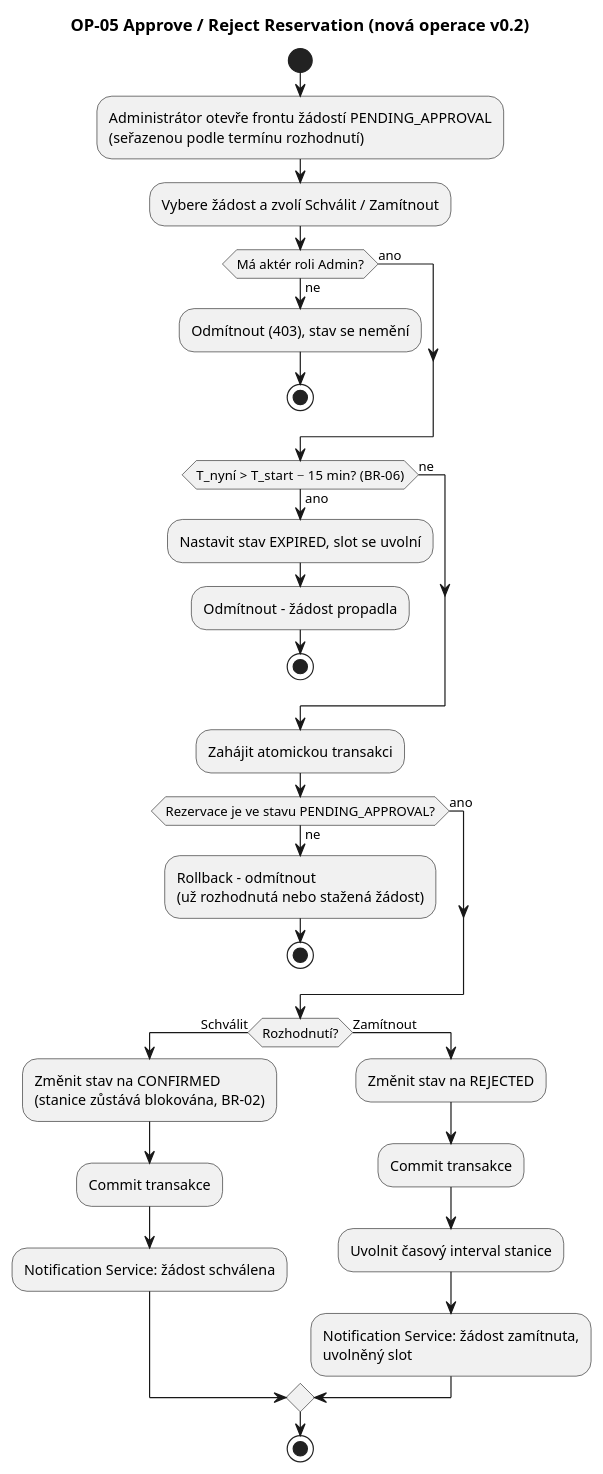
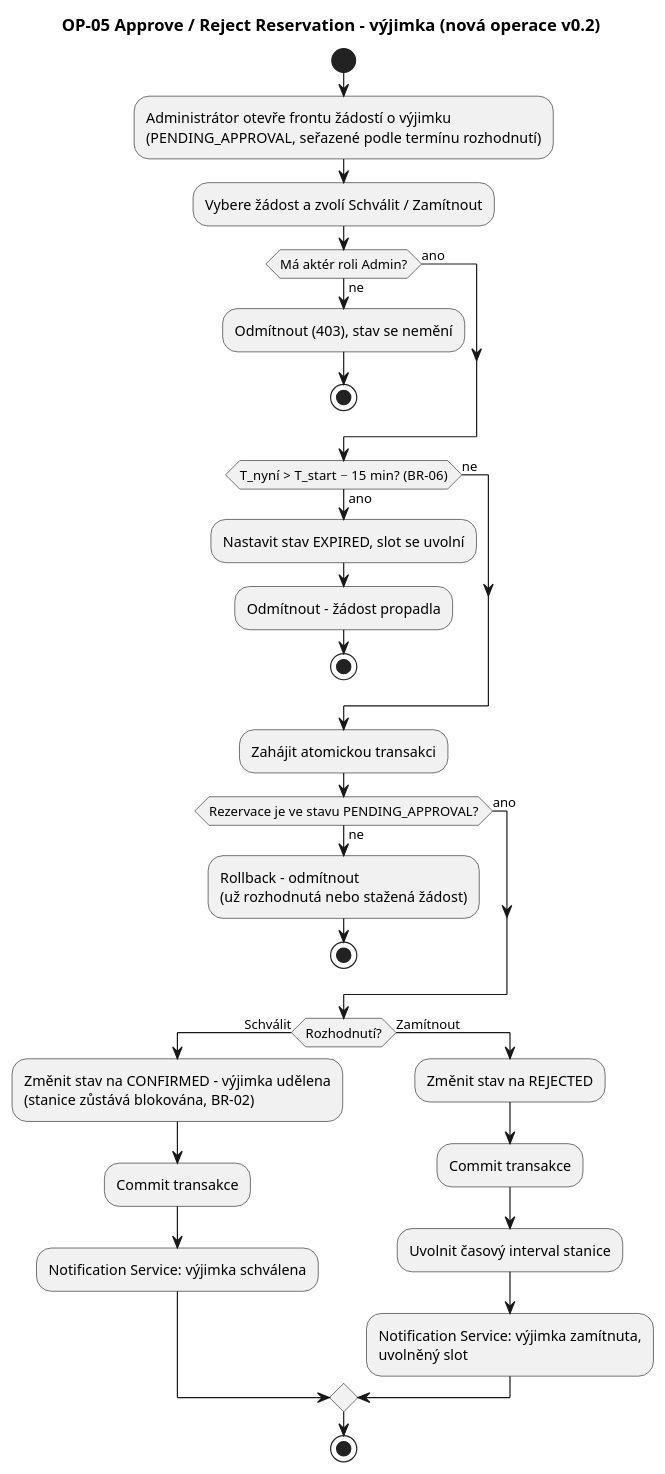
Before and after one commit to Gangyss67/SWI_Charger_stations: the diagram in docs/diagrams/act_op05.puml, drawn with PlantUML. The commit also changed 33 other files, not shown here.

```diff
--- a/docs/diagrams/act_op05.puml
+++ b/docs/diagrams/act_op05.puml
@@ -1,39 +1,39 @@
 @startuml
 skinparam defaultFontName Arial
-title OP-05 Approve / Reject Reservation (nová operace v0.2)
+title OP-05 Approve / Reject Reservation – výjimka (nová operace v0.2)
 start
-:Administrátor otevře frontu žádostí PENDING_APPROVAL
-(seřazenou podle termínu rozhodnutí);
+:Administrátor otevře frontu žádostí o výjimku
+(PENDING_APPROVAL, seřazené podle termínu rozhodnutí);
 :Vybere žádost a zvolí Schválit / Zamítnout;
 if (Má aktér roli Admin?) then (ne)
   :Odmítnout (403), stav se nemění;
   stop
 else (ano)
 endif
 if (T_nyní > T_start − 15 min? (BR-06)) then (ano)
   :Nastavit stav EXPIRED, slot se uvolní;
   :Odmítnout – žádost propadla;
   stop
 else (ne)
 endif
 :Zahájit atomickou transakci;
 if (Rezervace je ve stavu PENDING_APPROVAL?) then (ne)
   :Rollback – odmítnout
   (už rozhodnutá nebo stažená žádost);
   stop
 else (ano)
 endif
 if (Rozhodnutí?) then (Schválit)
-  :Změnit stav na CONFIRMED
+  :Změnit stav na CONFIRMED – výjimka udělena
   (stanice zůstává blokována, BR-02);
   :Commit transakce;
-  :Notification Service: žádost schválena;
+  :Notification Service: výjimka schválena;
 else (Zamítnout)
   :Změnit stav na REJECTED;
   :Commit transakce;
   :Uvolnit časový interval stanice;
-  :Notification Service: žádost zamítnuta,
+  :Notification Service: výjimka zamítnuta,
   uvolněný slot;
 endif
 stop
 @enduml
```
